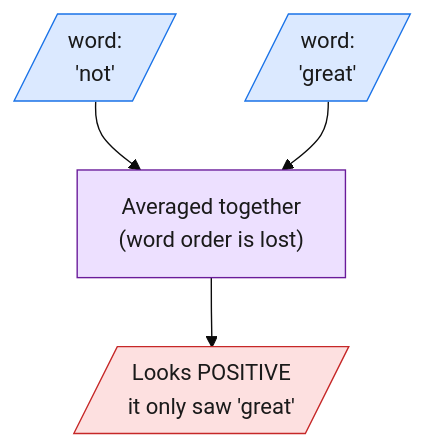
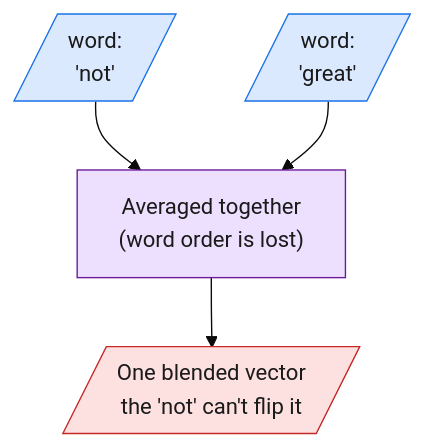
Before and after one commit to ismayc/oreilly-deep-learning-made-simple: the ninth of 12 diagrams in exercises.qmd, drawn with Mermaid. The commit also changed 5 other files, not shown here.

First line of the commit message:
Stop the Module 3 diagram asserting an outcome the code contradicts

````diff
--- a/exercises.qmd
+++ b/exercises.qmd
@@ -755,12 +755,12 @@
 ```{mermaid}
-%%| fig-cap: "Averaging word vectors ignores order, so 'not great' can look positive."
+%%| fig-cap: "Averaging word vectors throws away order, so the 'not' no longer flips the word after it."
 %%| fig-align: center
 %%{init: {'theme': 'base', 'themeVariables': {'fontSize': '16px'}}}%%
 flowchart TD
   N[/"word:<br/>'not'"/]:::proc --> AV["Averaged together<br/>(word order is lost)"]:::accent
   G[/"word:<br/>'great'"/]:::proc --> AV
-  AV --> R[/"Looks POSITIVE<br/>it only saw 'great'"/]:::bad
+  AV --> R[/"One blended vector<br/>the 'not' can't flip it"/]:::bad
   classDef proc fill:#dbe9ff,stroke:#1a73e8,color:#1a1a1a
   classDef accent fill:#ede0ff,stroke:#6a1b9a,color:#1a1a1a
   classDef bad fill:#fde0e0,stroke:#c62828,color:#1a1a1a
 ```
````
